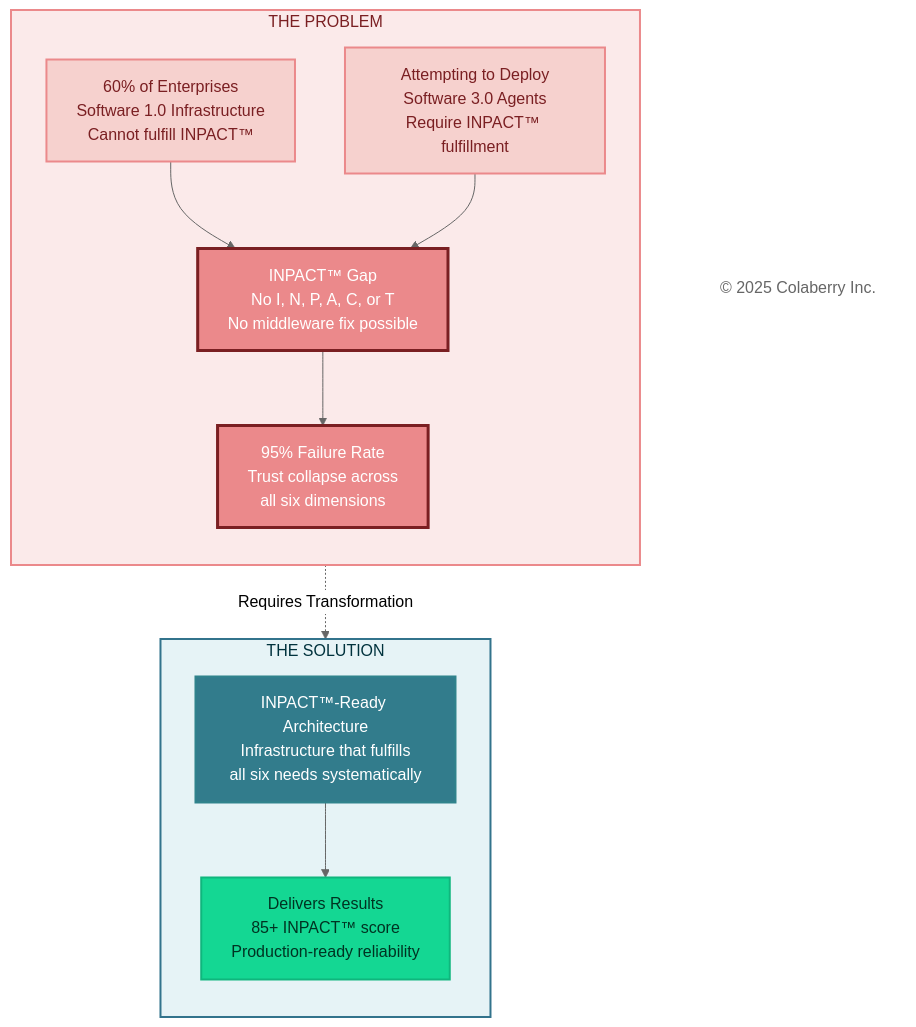
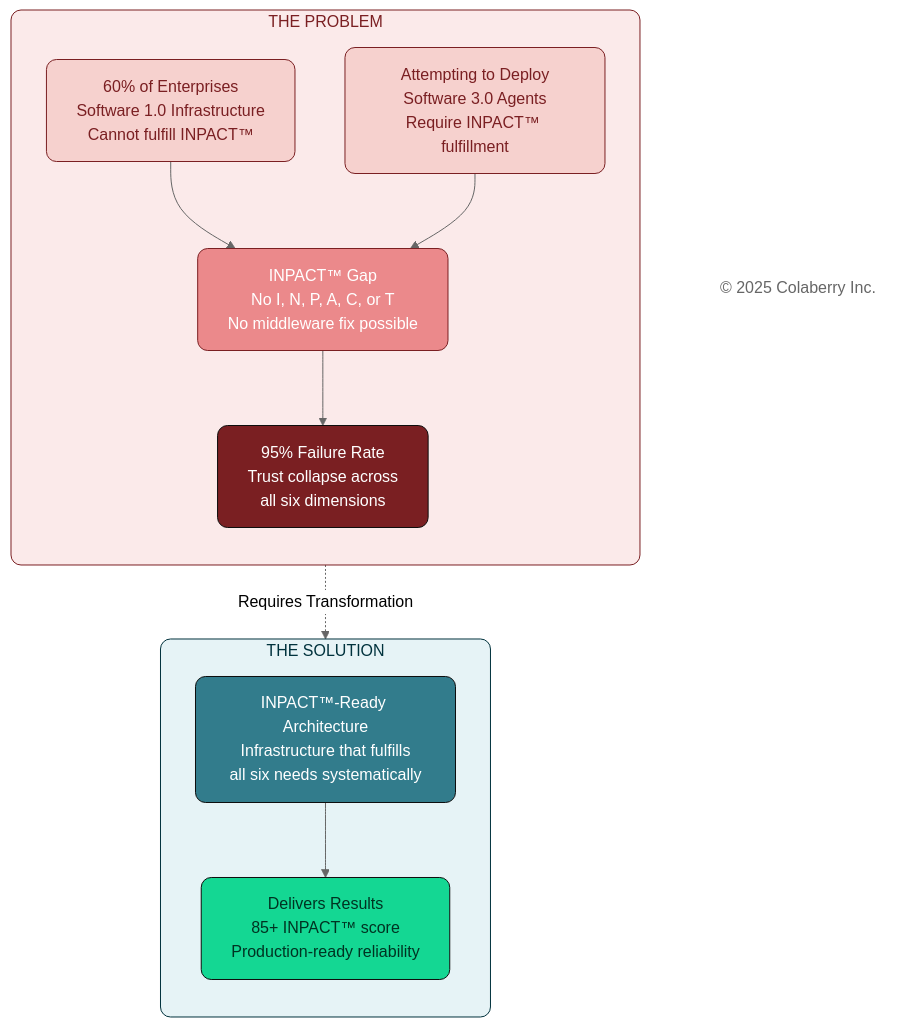
Before and after one commit to colaberry/trust-before-intelligence-book: the fourth of 6 diagrams in manuscript/02_chapter_1_why_agents_fail.md, drawn with Mermaid (neutral theme). The commit also changed other lines of this file and 12 other files, not shown here.

````diff
--- a/manuscript/02_chapter_1_why_agents_fail.md
+++ b/manuscript/02_chapter_1_why_agents_fail.md
@@ -484,43 +487,43 @@
 ```mermaid
 
 graph TB
     subgraph PROBLEM["THE PROBLEM"]
         direction TB
         current["60% of Enterprises<br/>Software 1.0 Infrastructure<br/>Cannot fulfill INPACT™"]
         
         attempting["Attempting to Deploy<br/>Software 3.0 Agents<br/>Require INPACT™ fulfillment"]
         
         gap["INPACT™ Gap<br/>No I, N, P, A, C, or T<br/>No middleware fix possible"]
         
         result["95% Failure Rate<br/>Trust collapse across<br/>all six dimensions"]
         
         current --> gap
         attempting --> gap
         gap --> result
     end
     
     subgraph SOLUTION["THE SOLUTION"]
         direction TB
         transform["INPACT™-Ready Architecture<br/>Infrastructure that fulfills<br/>all six needs systematically"]
         
         delivers["Delivers Results<br/>85+ INPACT™ score<br/>Production-ready reliability"]
         
         transform --> delivers
     end
     
     result -.->|"Requires Transformation"| transform
     
     Copyright["© 2025 Colaberry Inc."]
     
-    style PROBLEM fill:#FBEAEA,stroke:#EB898B,stroke-width:2px,color:#7A1F22
-    style current fill:#F6D1CE,stroke:#EB898B,stroke-width:2px,color:#7A1F22
-    style attempting fill:#F6D1CE,stroke:#EB898B,stroke-width:2px,color:#7A1F22
-    style gap fill:#EB898B,color:#ffffff,stroke:#7A1F22,stroke-width:3px
-    style result fill:#EB898B,color:#ffffff,stroke:#7A1F22,stroke-width:3px
+    style PROBLEM fill:#FBEAEA,stroke:#7A1F22,stroke-width:1px,color:#7A1F22,rx:10,ry:10
+    style current fill:#F6D1CE,stroke:#7A1F22,stroke-width:1px,color:#7A1F22,rx:10,ry:10
+    style attempting fill:#F6D1CE,stroke:#7A1F22,stroke-width:1px,color:#7A1F22,rx:10,ry:10
+    style gap fill:#EB898B,color:#ffffff,stroke:#7A1F22,stroke-width:1px,rx:10,ry:10
+    style result fill:#7A1F22,color:#ffffff,stroke:#0D0D0D,stroke-width:1px,rx:10,ry:10
     
-    style SOLUTION fill:#E6F3F6,stroke:#32738C,stroke-width:2px,color:#00323D
-    style transform fill:#327C8C,stroke:#30838C,stroke-width:2px,color:#ffffff
-    style delivers fill:#14D793,color:#003322,stroke:#0FB67D,stroke-width:2px
-    style Copyright fill:#ffffff,stroke:none,color:#666666
+    style SOLUTION fill:#E6F3F6,stroke:#00323D,stroke-width:1Px,color:#00323D,rx:10,ry:10
+    style transform fill:#327C8C,stroke:#0D0D0D,stroke-width:1px,color:#ffffff,rx:10,ry:10
+    style delivers fill:#14D793,color:#003322,stroke:#0D0D0D,stroke-width:1px,rx:10,ry:10
+    style Copyright fill:none,stroke:none,color:#666666,rx:10,ry:10
 
 ```
````
